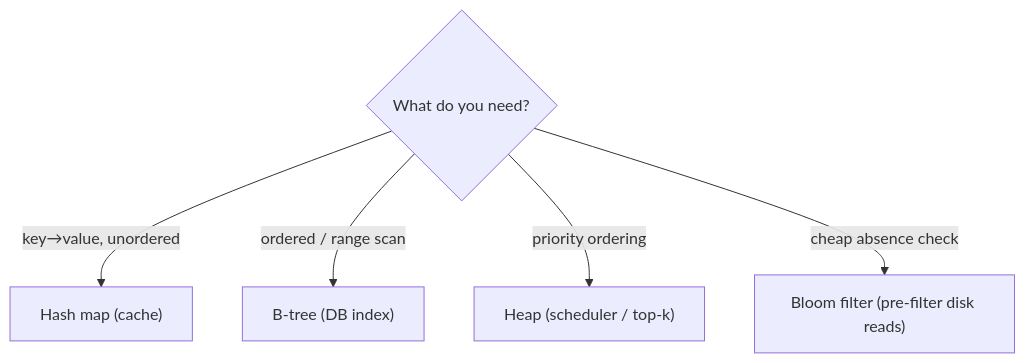
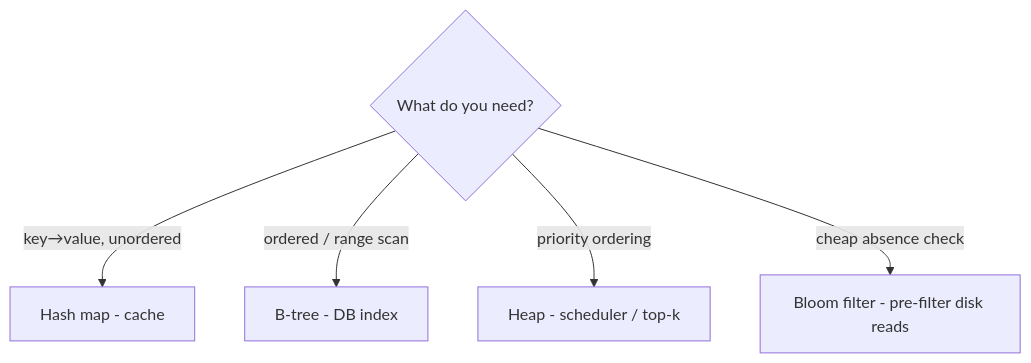
One commit to RIT-MESH/system-design-mastery changed the second of 2 diagrams in docs/00-prerequisites/03-complexity-data-structures.md. Above: the diagram before and after it, drawn with Mermaid. The commit also changed other lines of this file and 139 other files, not shown here.

First line of the commit message:
Fix Mermaid parse errors: replace parentheses in node labels across 140 files

````diff
--- a/docs/00-prerequisites/03-complexity-data-structures.md
+++ b/docs/00-prerequisites/03-complexity-data-structures.md
@@ -62,9 +62,9 @@
 ```mermaid
 %% created-for: system-design-mastery
 flowchart TB
   Need{"What do you need?"}
-  Need -->|"key→value, unordered"| HM["Hash map (cache)"]
-  Need -->|"ordered / range scan"| Tree["B-tree (DB index)"]
-  Need -->|"priority ordering"| Heap["Heap (scheduler / top-k)"]
-  Need -->|"cheap absence check"| BF["Bloom filter (pre-filter disk reads)"]
+  Need -->|"key→value, unordered"| HM["Hash map - cache"]
+  Need -->|"ordered / range scan"| Tree["B-tree - DB index"]
+  Need -->|"priority ordering"| Heap["Heap - scheduler / top-k"]
+  Need -->|"cheap absence check"| BF["Bloom filter - pre-filter disk reads"]
 ```
````
